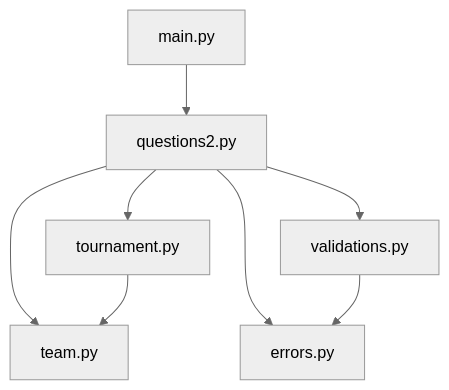
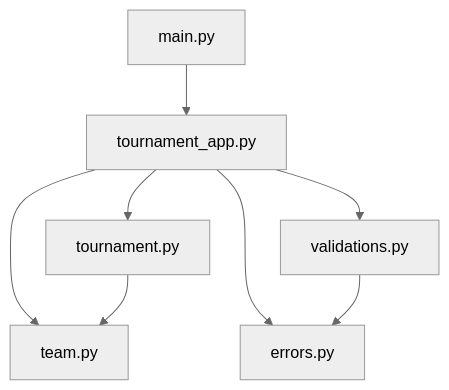
The second of 3 diagrams in README.md (LeandroBenjaminL/Ahorcado-y-Torneo-Python), drawn with Mermaid (neutral theme) before and after one commit. The commit also changed other lines of this file, not shown here.

````diff
--- a/README.md
+++ b/README.md
@@ -70,10 +70,10 @@
 ```mermaid
 flowchart TD
-    A[main.py] --> B[questions2.py]
+    A[main.py] --> B[tournament_app.py]
     B --> C[tournament.py]
     B --> D[team.py]
     B --> E[validations.py]
     B --> F[errors.py]
     C --> D
     E --> F
 ```
````
